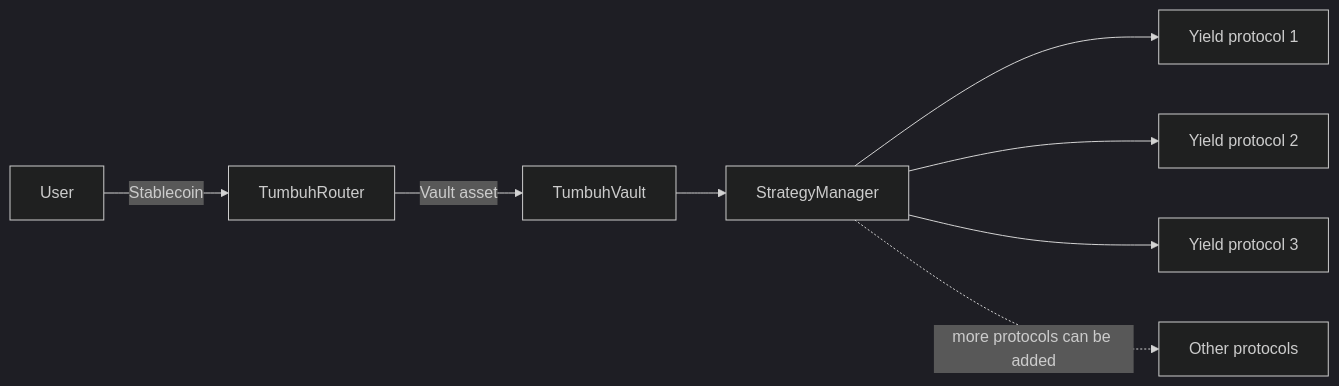
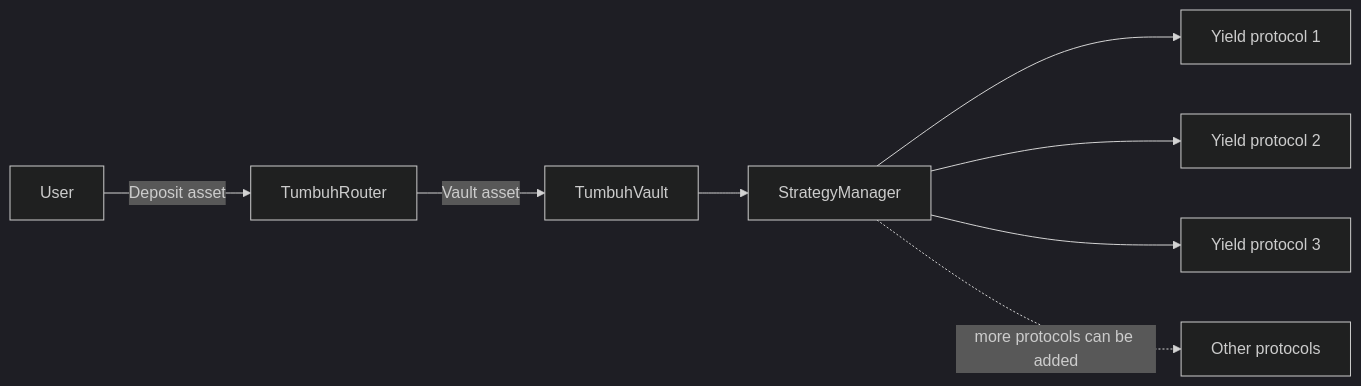
The diagram in introduction.mdx (tumbuh-fi/docs), drawn with Mermaid (dark theme) before and after one commit. The commit also changed other lines of this file and 12 other files, not shown here.

````diff
--- a/introduction.mdx
+++ b/introduction.mdx
@@ -18,10 +18,10 @@
 ```mermaid
 flowchart LR
-    User -->|Stablecoin| Router[TumbuhRouter]
+    User -->|Deposit asset| Router[TumbuhRouter]
     Router -->|Vault asset| Vault[TumbuhVault]
     Vault --> SM[StrategyManager]
     SM --> P1[Yield protocol 1]
     SM --> P2[Yield protocol 2]
     SM --> P3[Yield protocol 3]
     SM -.->|"more protocols can be added"| Other[Other protocols]
 ```
````
